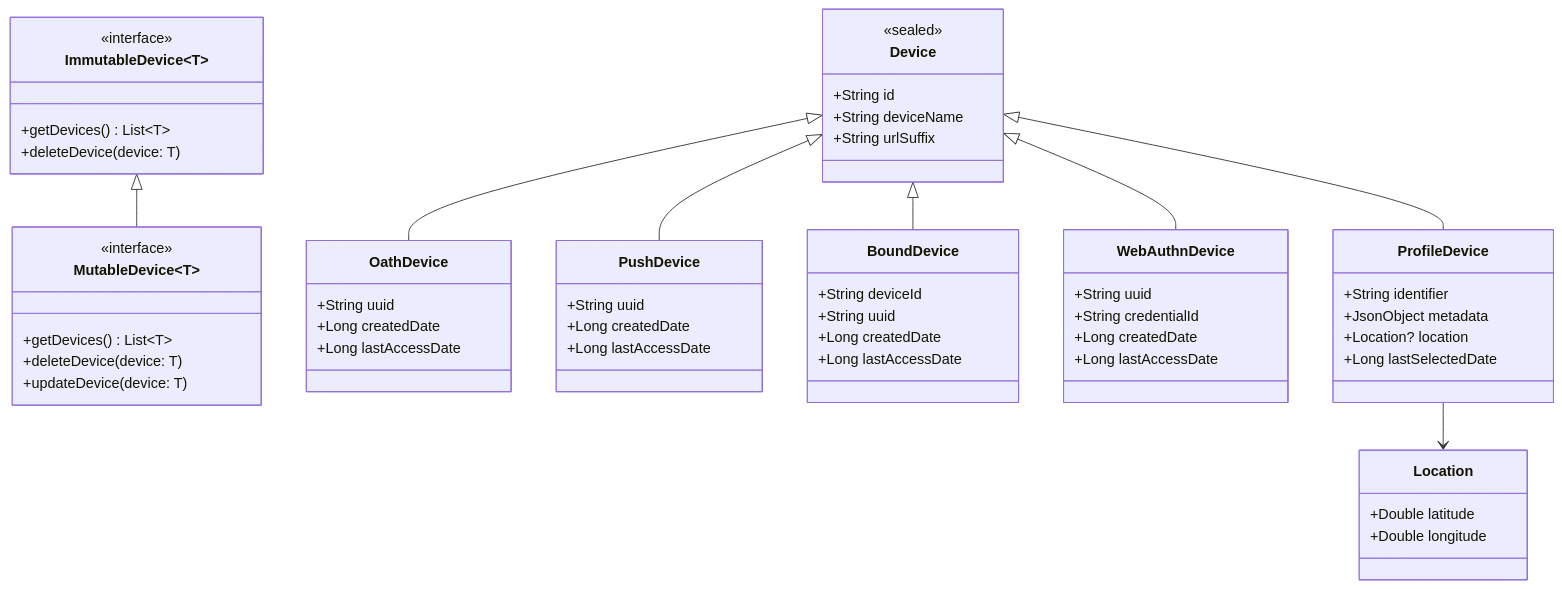
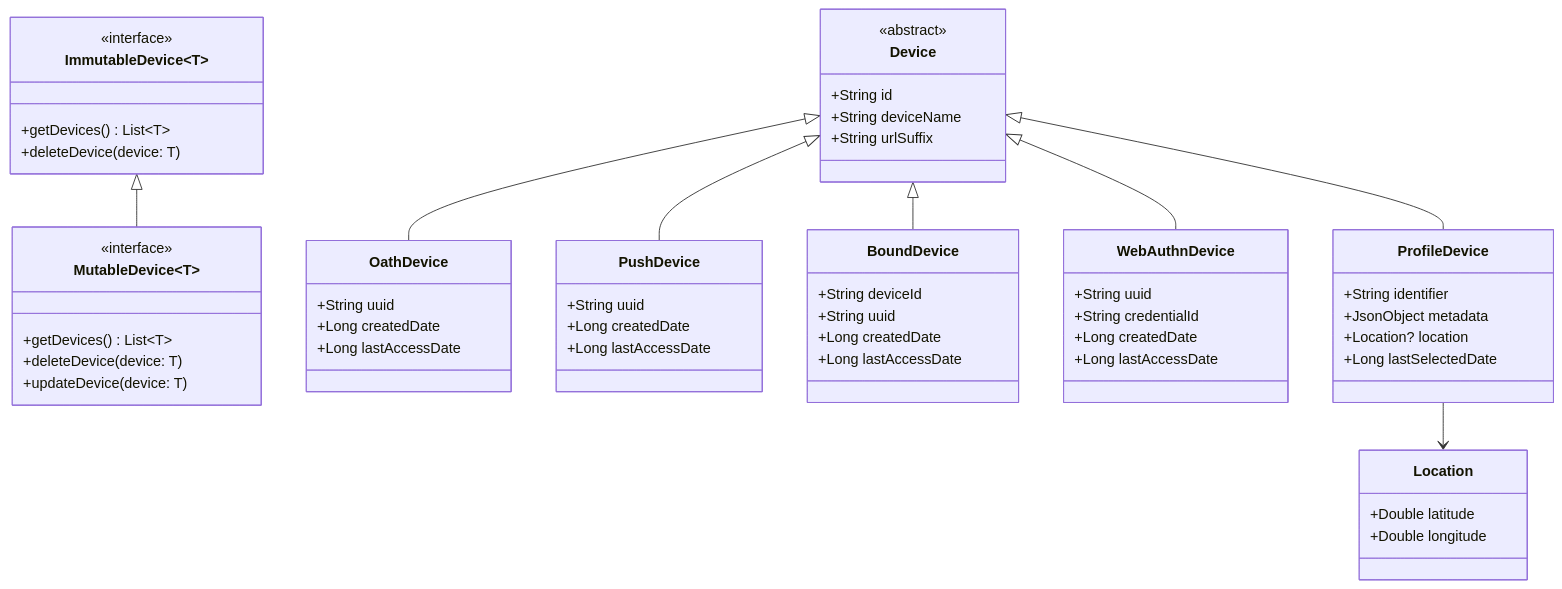
The first of 2 diagrams in foundation/device/device-client/CONCEPT.md (ForgeRock/ping-android-sdk), drawn with Mermaid before and after one commit. The commit also changed other lines of this file, not shown here.

````diff
--- a/foundation/device/device-client/CONCEPT.md
+++ b/foundation/device/device-client/CONCEPT.md
@@ -60,68 +80,68 @@
 ```mermaid
 classDiagram
     class ImmutableDevice~T~ {
         <<interface>>
         +getDevices() List~T~
         +deleteDevice(device: T)
     }
     
     class MutableDevice~T~ {
         <<interface>>
         +getDevices() List~T~
         +deleteDevice(device: T)
         +updateDevice(device: T)
     }
     
     class Device {
-        <<sealed>>
+        <<abstract>>
         +String id
         +String deviceName
         +String urlSuffix
     }
     
     class OathDevice {
         +String uuid
         +Long createdDate
         +Long lastAccessDate
     }
     
     class PushDevice {
         +String uuid
         +Long createdDate
         +Long lastAccessDate
     }
     
     class BoundDevice {
         +String deviceId
         +String uuid
         +Long createdDate
         +Long lastAccessDate
     }
     
     class WebAuthnDevice {
         +String uuid
         +String credentialId
         +Long createdDate
         +Long lastAccessDate
     }
     
     class ProfileDevice {
         +String identifier
         +JsonObject metadata
         +Location? location
         +Long lastSelectedDate
     }
     
     class Location {
         +Double latitude
         +Double longitude
     }
     
     ImmutableDevice <|-- MutableDevice
     Device <|-- OathDevice
     Device <|-- PushDevice
     Device <|-- BoundDevice
     Device <|-- WebAuthnDevice
     Device <|-- ProfileDevice
     ProfileDevice --> Location
 ```
````
